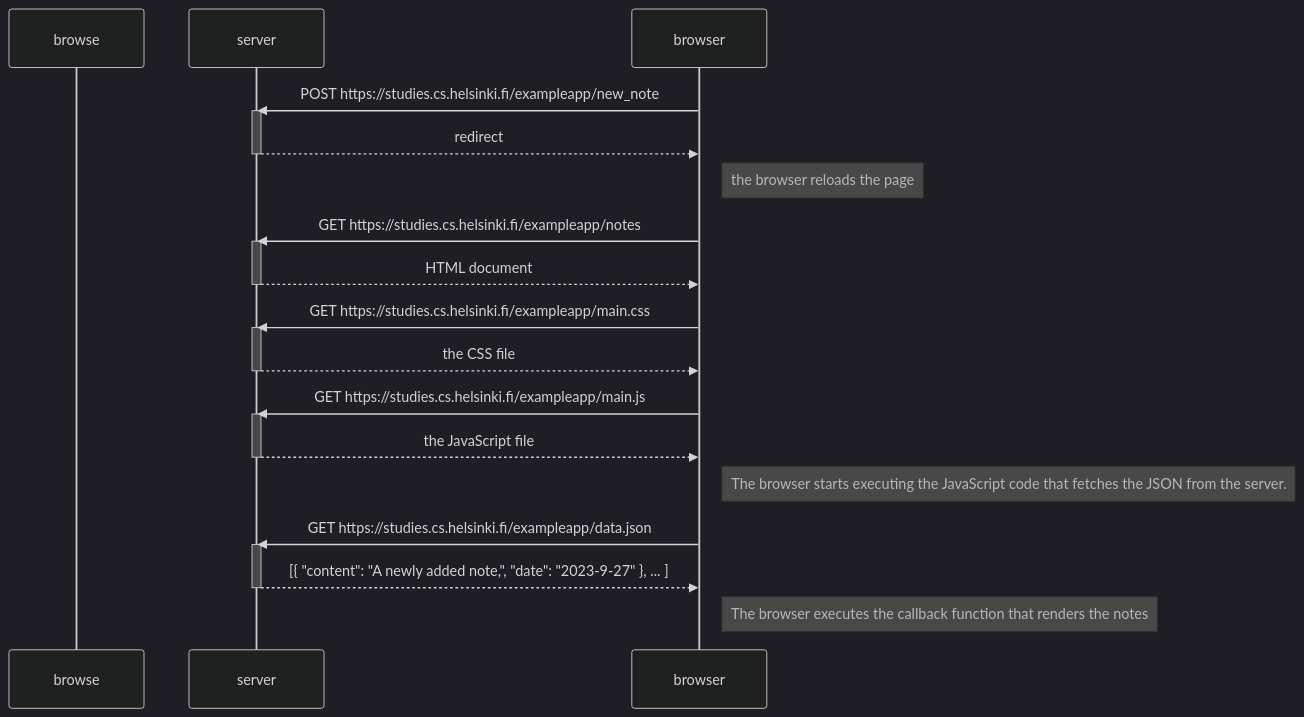
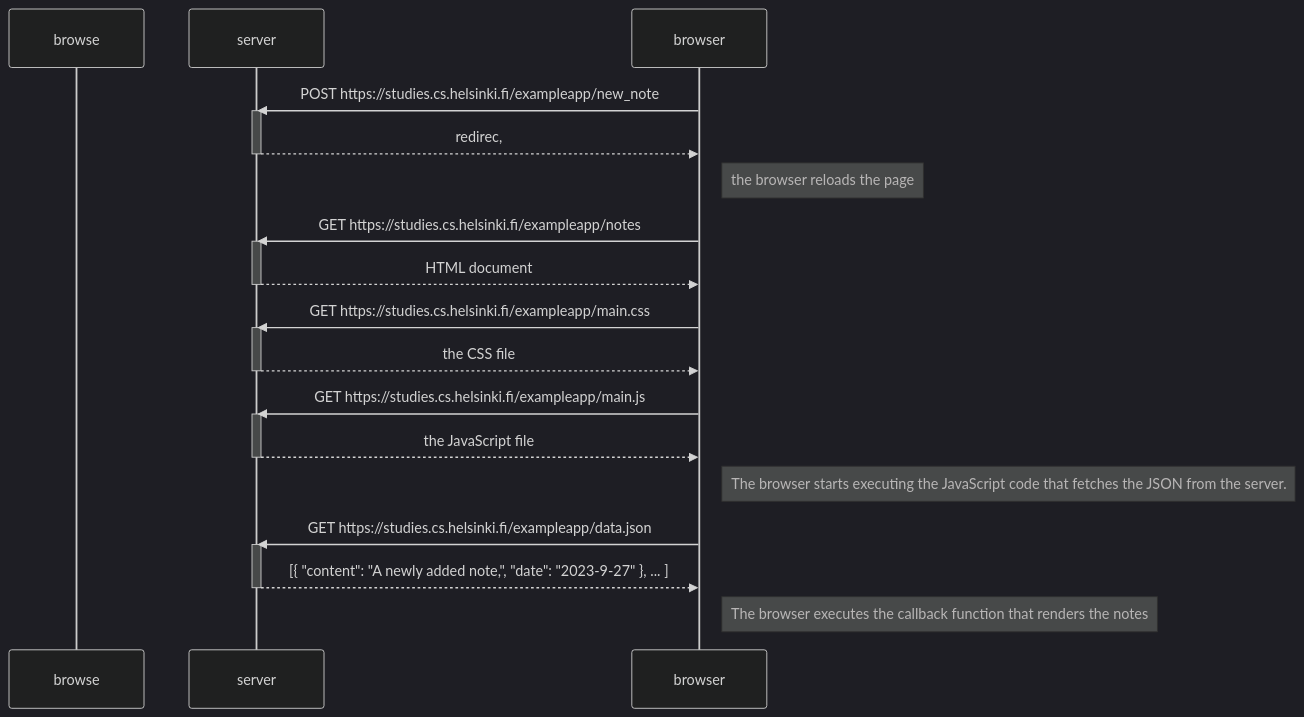
One commit to AlexanderGurnet/fullstackopen changed the diagram in part0/0.4/new_note_diagram.md. Above: the diagram before and after it, drawn with Mermaid (dark theme).

````diff
--- a/part0/0.4/new_note_diagram.md
+++ b/part0/0.4/new_note_diagram.md
@@ -2,35 +2,35 @@
 ```mermaid
   sequenceDiagram
     participant browse
     participant server
 
     browser->>server: POST https://studies.cs.helsinki.fi/exampleapp/new_note
     activate server
-    server-->>browser: redirect
+    server-->>browser: redirec,
     deactivate server
     Note right of browser: the browser reloads the page
 
     browser->>server: GET https://studies.cs.helsinki.fi/exampleapp/notes
     activate server
     server-->>browser: HTML document
     deactivate server
     
     browser->>server: GET https://studies.cs.helsinki.fi/exampleapp/main.css
     activate server
     server-->>browser: the CSS file
     deactivate server
 
     browser->>server: GET https://studies.cs.helsinki.fi/exampleapp/main.js
     activate server
     server-->>browser: the JavaScript file
     deactivate server
 
     Note right of browser: The browser starts executing the JavaScript code that fetches the JSON from the server.
 
     browser->>server: GET https://studies.cs.helsinki.fi/exampleapp/data.json
     activate server
     server-->>browser: [{ "content": "A newly added note,", "date": "2023-9-27" }, ... ]
     deactivate server
 
     Note right of browser: The browser executes the callback function that renders the notes
 ```
````
